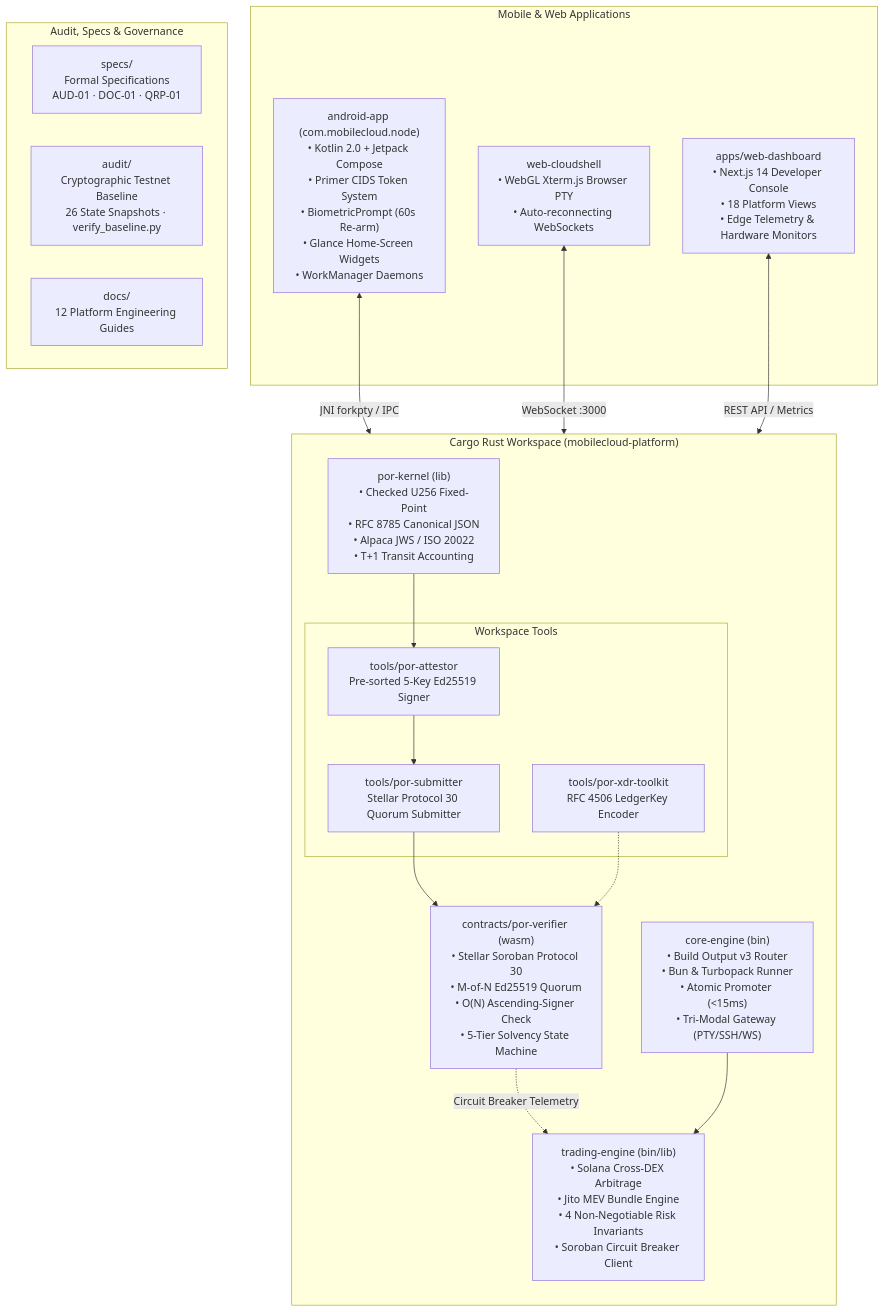
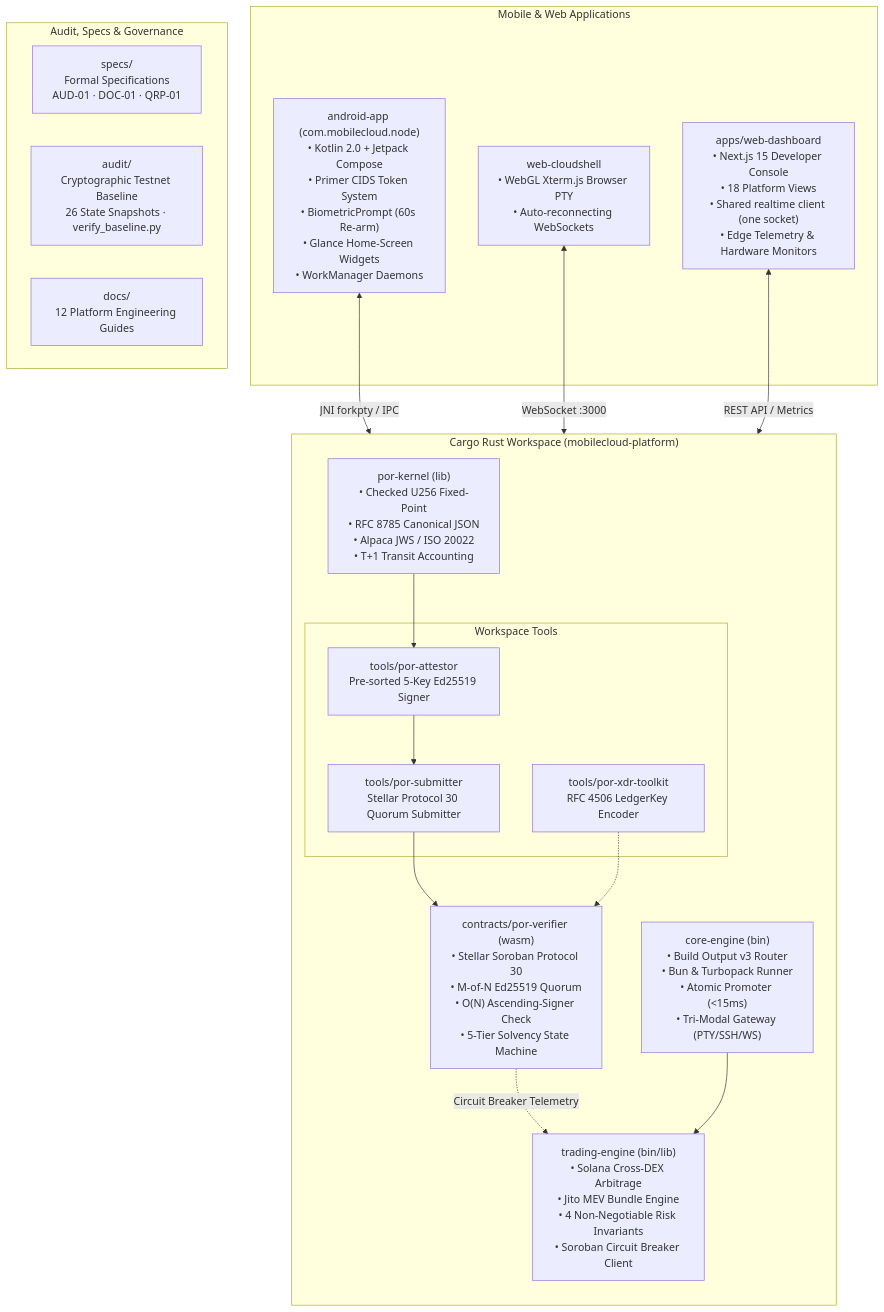
One commit to Ashutosh0x/mobilecloud-platform changed the third of 3 diagrams in README.md. Above: the diagram before and after it, drawn with Mermaid. The commit also changed other lines of this file and 62 other files, not shown here.

````diff
--- a/README.md
+++ b/README.md
@@ -242,38 +324,38 @@
 ```mermaid
 graph TD
     subgraph CargoWorkspace["Cargo Rust Workspace (mobilecloud-platform)"]
         direction TB
         CORE["core-engine (bin)<br/>• Build Output v3 Router<br/>• Bun & Turbopack Runner<br/>• Atomic Promoter (&lt;15ms)<br/>• Tri-Modal Gateway (PTY/SSH/WS)"]
         KERNEL["por-kernel (lib)<br/>• Checked U256 Fixed-Point<br/>• RFC 8785 Canonical JSON<br/>• Alpaca JWS / ISO 20022<br/>• T+1 Transit Accounting"]
         CONTRACT["contracts/por-verifier (wasm)<br/>• Stellar Soroban Protocol 30<br/>• M-of-N Ed25519 Quorum<br/>• O(N) Ascending-Signer Check<br/>• 5-Tier Solvency State Machine"]
         TRADING["trading-engine (bin/lib)<br/>• Solana Cross-DEX Arbitrage<br/>• Jito MEV Bundle Engine<br/>• 4 Non-Negotiable Risk Invariants<br/>• Soroban Circuit Breaker Client"]
         
         subgraph Tools["Workspace Tools"]
             ATTESTOR["tools/por-attestor<br/>Pre-sorted 5-Key Ed25519 Signer"]
             SUBMITTER["tools/por-submitter<br/>Stellar Protocol 30 Quorum Submitter"]
             XDRTOOL["tools/por-xdr-toolkit<br/>RFC 4506 LedgerKey Encoder"]
         end
     end
 
     subgraph AppPlane["Mobile & Web Applications"]
         ANDROID["android-app (com.mobilecloud.node)<br/>• Kotlin 2.0 + Jetpack Compose<br/>• Primer CIDS Token System<br/>• BiometricPrompt (60s Re-arm)<br/>• Glance Home-Screen Widgets<br/>• WorkManager Daemons"]
-        DASHBOARD["apps/web-dashboard<br/>• Next.js 14 Developer Console<br/>• 18 Platform Views<br/>• Edge Telemetry & Hardware Monitors"]
+        DASHBOARD["apps/web-dashboard<br/>• Next.js 15 Developer Console<br/>• 18 Platform Views<br/>• Shared realtime client (one socket)<br/>• Edge Telemetry & Hardware Monitors"]
         CLOUDSHELL["web-cloudshell<br/>• WebGL Xterm.js Browser PTY<br/>• Auto-reconnecting WebSockets"]
     end
 
     subgraph ConfigAudit["Audit, Specs & Governance"]
         SPECS["specs/<br/>Formal Specifications<br/>AUD-01 · DOC-01 · QRP-01"]
         AUDIT["audit/<br/>Cryptographic Testnet Baseline<br/>26 State Snapshots · verify_baseline.py"]
         DOCS["docs/<br/>12 Platform Engineering Guides"]
     end
 
     KERNEL --> ATTESTOR
     ATTESTOR --> SUBMITTER
     SUBMITTER --> CONTRACT
     XDRTOOL -.-> CONTRACT
     CONTRACT -.->|Circuit Breaker Telemetry| TRADING
     ANDROID <-->|JNI forkpty / IPC| CORE
     CLOUDSHELL <-->|WebSocket :3000| CORE
     DASHBOARD <-->|REST API / Metrics| CORE
     CORE --> TRADING
 ```
````
